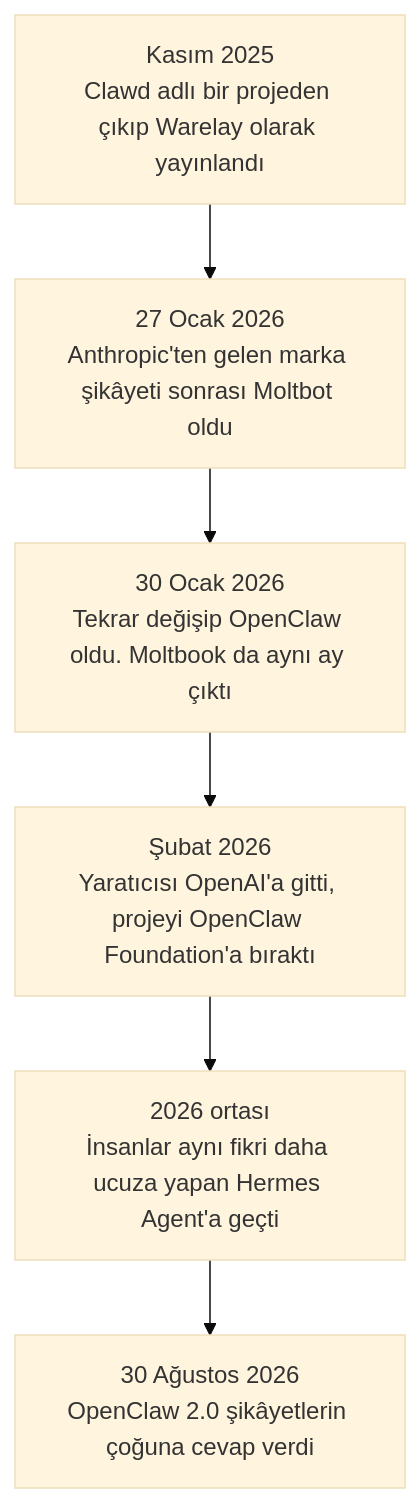
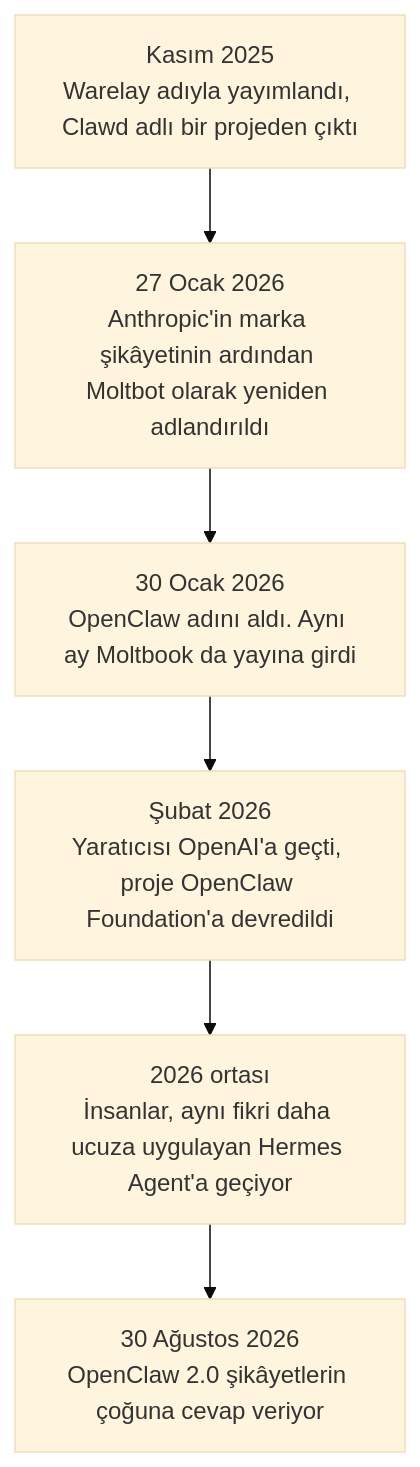
The first of 2 diagrams in mini-courses/2_intermediate/personal_agents_tr.md (lokumai/ai-engineering-bazaar), drawn with Mermaid (base theme) before and after one commit. The commit also changed other lines of this file and 63 other files, not shown here.

````diff
--- a/mini-courses/2_intermediate/personal_agents_tr.md
+++ b/mini-courses/2_intermediate/personal_agents_tr.md
@@ -22,10 +22,10 @@
 ```mermaid
 graph TD
-    A["Kasım 2025<br/>Clawd adlı bir projeden çıkıp Warelay olarak yayınlandı"]
-    B["27 Ocak 2026<br/>Anthropic'ten gelen marka şikâyeti sonrası Moltbot oldu"]
-    C["30 Ocak 2026<br/>Tekrar değişip OpenClaw oldu. Moltbook da aynı ay çıktı"]
-    D["Şubat 2026<br/>Yaratıcısı OpenAI'a gitti, projeyi OpenClaw Foundation'a bıraktı"]
-    E["2026 ortası<br/>İnsanlar aynı fikri daha ucuza yapan Hermes Agent'a geçti"]
-    F["30 Ağustos 2026<br/>OpenClaw 2.0 şikâyetlerin çoğuna cevap verdi"]
+    A["Kasım 2025<br/>Warelay adıyla yayımlandı, Clawd adlı bir projeden çıktı"]
+    B["27 Ocak 2026<br/>Anthropic'in marka şikâyetinin ardından Moltbot olarak yeniden adlandırıldı"]
+    C["30 Ocak 2026<br/>OpenClaw adını aldı. Aynı ay Moltbook da yayına girdi"]
+    D["Şubat 2026<br/>Yaratıcısı OpenAI'a geçti, proje OpenClaw Foundation'a devredildi"]
+    E["2026 ortası<br/>İnsanlar, aynı fikri daha ucuza uygulayan Hermes Agent'a geçiyor"]
+    F["30 Ağustos 2026<br/>OpenClaw 2.0 şikâyetlerin çoğuna cevap veriyor"]
     A --> B --> C --> D --> E --> F
 ```
````
